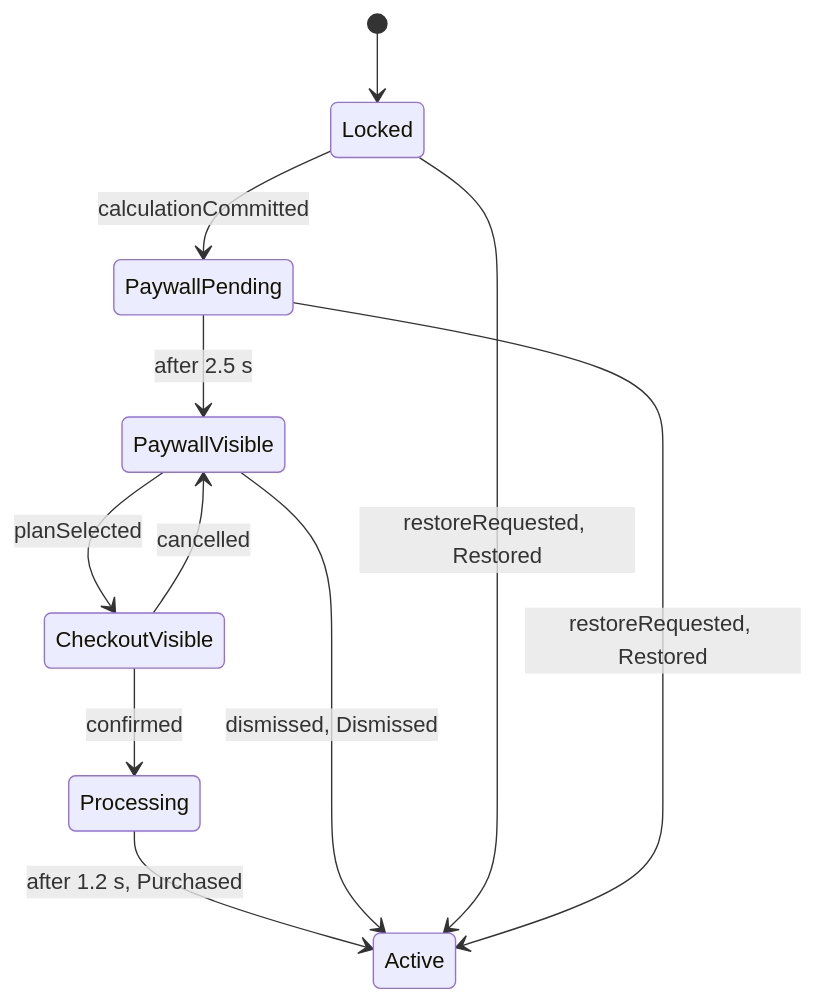
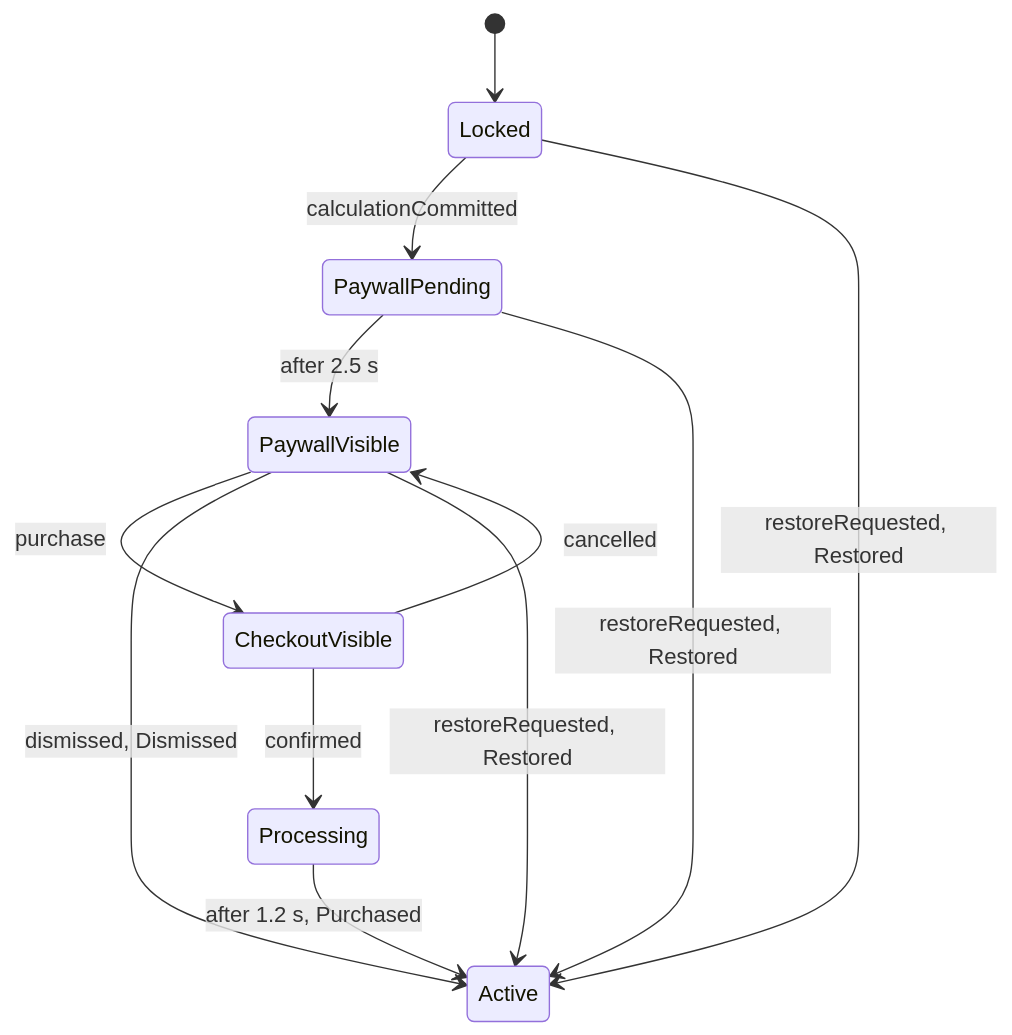
Before and after one commit to Darrylwin/Solenn: the diagram in docs/product/subscription-flow.md, drawn with Mermaid. The commit also changed other lines of this file and 8 other files, not shown here.

````diff
--- a/docs/product/subscription-flow.md
+++ b/docs/product/subscription-flow.md
@@ -5,13 +5,14 @@
 ```mermaid
 stateDiagram-v2
   [*] --> Locked
   Locked --> PaywallPending: calculationCommitted
   PaywallPending --> PaywallVisible: after 2.5 s
-  PaywallVisible --> CheckoutVisible: planSelected
+  PaywallVisible --> CheckoutVisible: purchase
   CheckoutVisible --> PaywallVisible: cancelled
   CheckoutVisible --> Processing: confirmed
   Processing --> Active: after 1.2 s, Purchased
   PaywallVisible --> Active: dismissed, Dismissed
   Locked --> Active: restoreRequested, Restored
   PaywallPending --> Active: restoreRequested, Restored
+  PaywallVisible --> Active: restoreRequested, Restored
 ```
````
